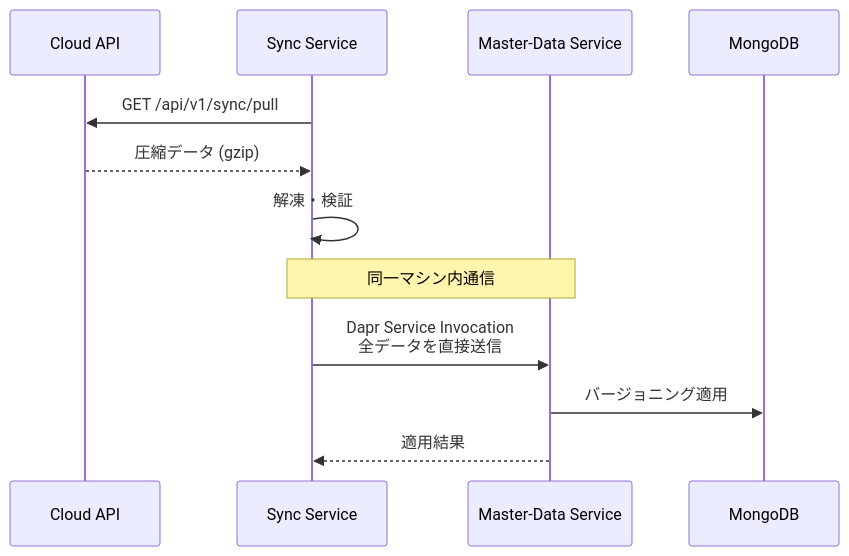
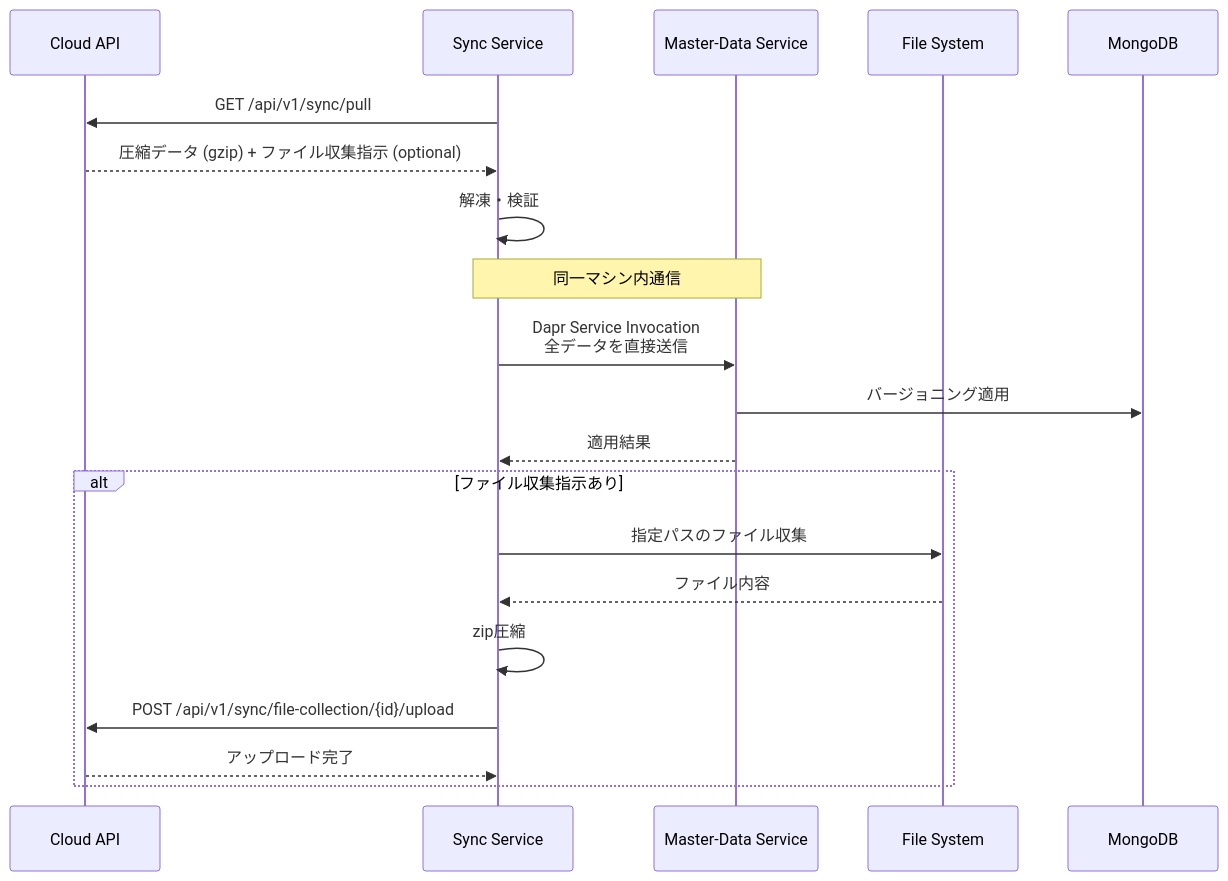
One commit to gaocuiping/kugelpos-stpos-docs-new changed the second of 2 diagrams in notes/1-sync/design/edge-internal-simplified.md. Above: the diagram before and after it, drawn with Mermaid. The commit also changed other lines of this file and 11 other files, not shown here.

First line of the commit message:
Update sync service architecture and design documents

````diff
--- a/notes/1-sync/design/edge-internal-simplified.md
+++ b/notes/1-sync/design/edge-internal-simplified.md
@@ -33,16 +37,25 @@
 ```mermaid
 sequenceDiagram
     participant Cloud as Cloud API
     participant Sync as Sync Service
     participant MD as Master-Data Service
+    participant FS as File System
     participant DB as MongoDB
 
     Sync->>Cloud: GET /api/v1/sync/pull
-    Cloud-->>Sync: 圧縮データ (gzip)
+    Cloud-->>Sync: 圧縮データ (gzip) + ファイル収集指示 (optional)
     Sync->>Sync: 解凍・検証
 
     Note over Sync,MD: 同一マシン内通信
     Sync->>MD: Dapr Service Invocation<br/>全データを直接送信
     MD->>DB: バージョニング適用
     MD-->>Sync: 適用結果
+
+    alt ファイル収集指示あり
+        Sync->>FS: 指定パスのファイル収集
+        FS-->>Sync: ファイル内容
+        Sync->>Sync: zip圧縮
+        Sync->>Cloud: POST /api/v1/sync/file-collection/{id}/upload
+        Cloud-->>Sync: アップロード完了
+    end
 ```
````
